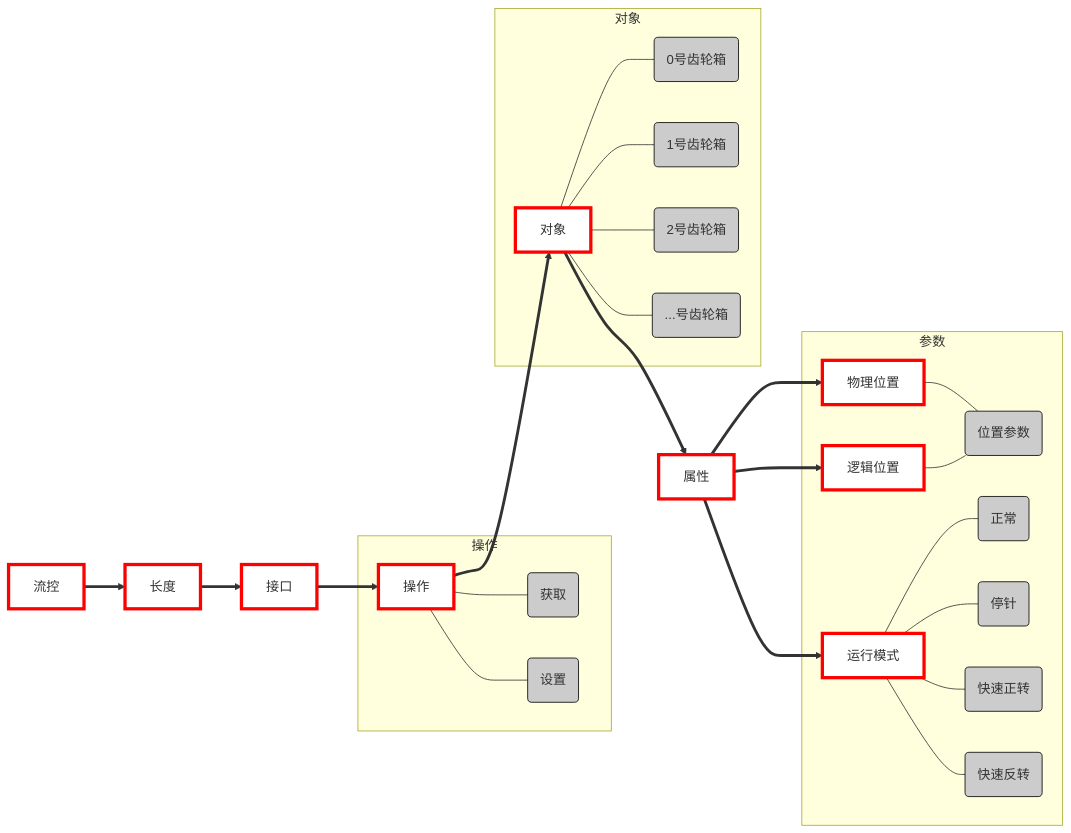
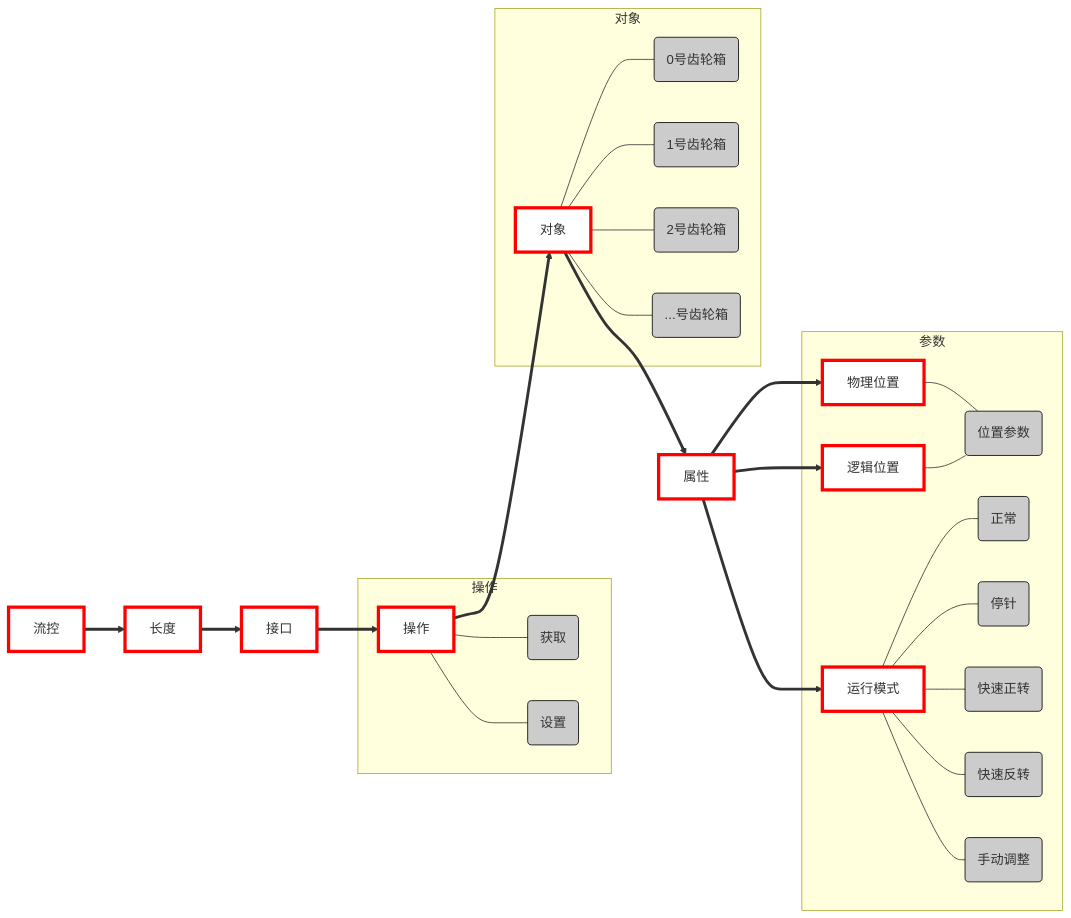
Before and after one commit to corumi-os/opendoc: the diagram in docs/classC/classC_hand_example.md, drawn with Mermaid. The commit also changed other lines of this file and 2 other files, not shown here.

````diff
--- a/docs/classC/classC_hand_example.md
+++ b/docs/classC/classC_hand_example.md
@@ -24,45 +25,46 @@
 ```mermaid
 graph LR;
     a0[流控]
     a1[长度]
     a2[接口]
     a3[操作]
     a4[对象]
     a5[属性]
 
     a0==>a1
     a1==>a2
     a2==>a3
     a3==>a4
     a4==>a5
     
 subgraph 操作
     a3---a31(获取)
     a3---a32(设置)
 end
 
 subgraph 对象
     a4---a41(0号齿轮箱)
     a4---a42(1号齿轮箱)
     a4---a43(2号齿轮箱)
     a4---a44(...号齿轮箱)
 end
 
 a5==>a51[物理位置]
 a5==>a52[逻辑位置]
 a5==>a53[运行模式]
 
 subgraph 参数
     a51---a60(位置参数)
     a52---a60
     a53---a61(正常)
     a53---a62(停针)
     a53---a63(快速正转)
     a53---a64(快速反转)
+    a53---a65(手动调整)
 end
 
 classDef main fill:#fff,stroke:#f00,stroke-width:4px;
 class a0,a1,a2,a3,a4,a5,a51,a52,a53 main;
 classDef sub fill:#ccc,stroke:#000
-class a31,a32,a41,a42,a43,a44,a60,a61,a62,a63,a64 sub;
+class a31,a32,a41,a42,a43,a44,a60,a61,a62,a63,a64,a65 sub;
 ```
````
